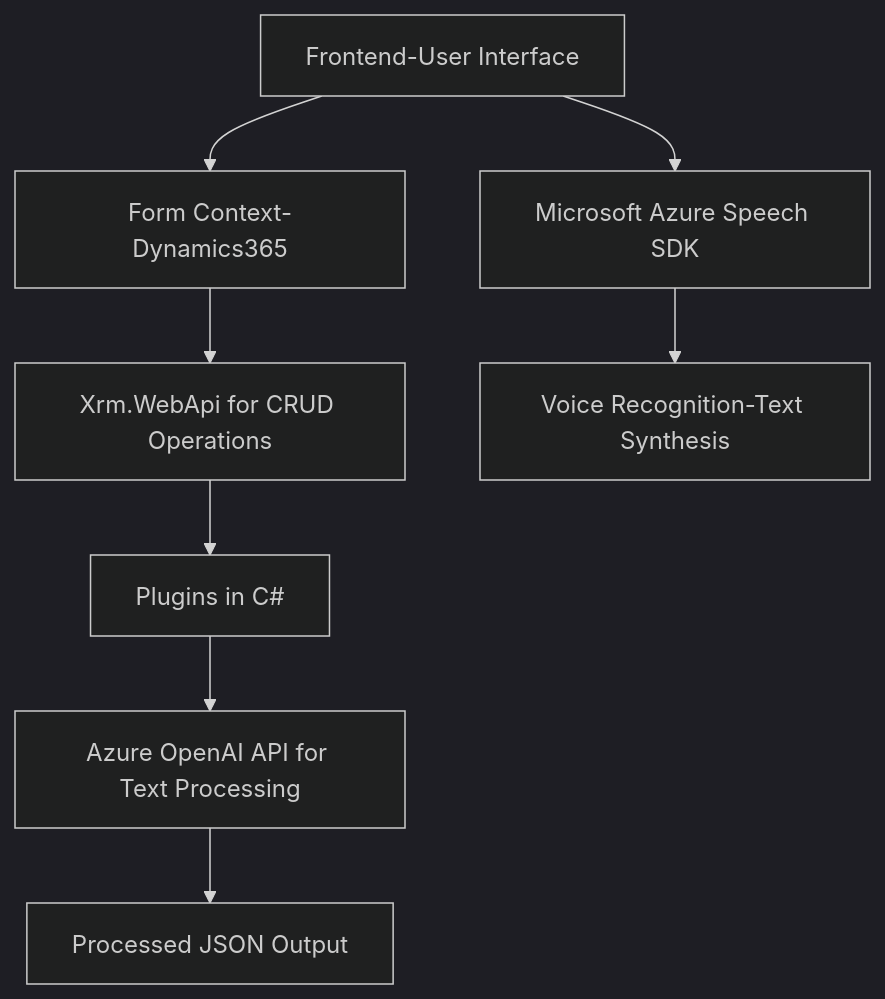
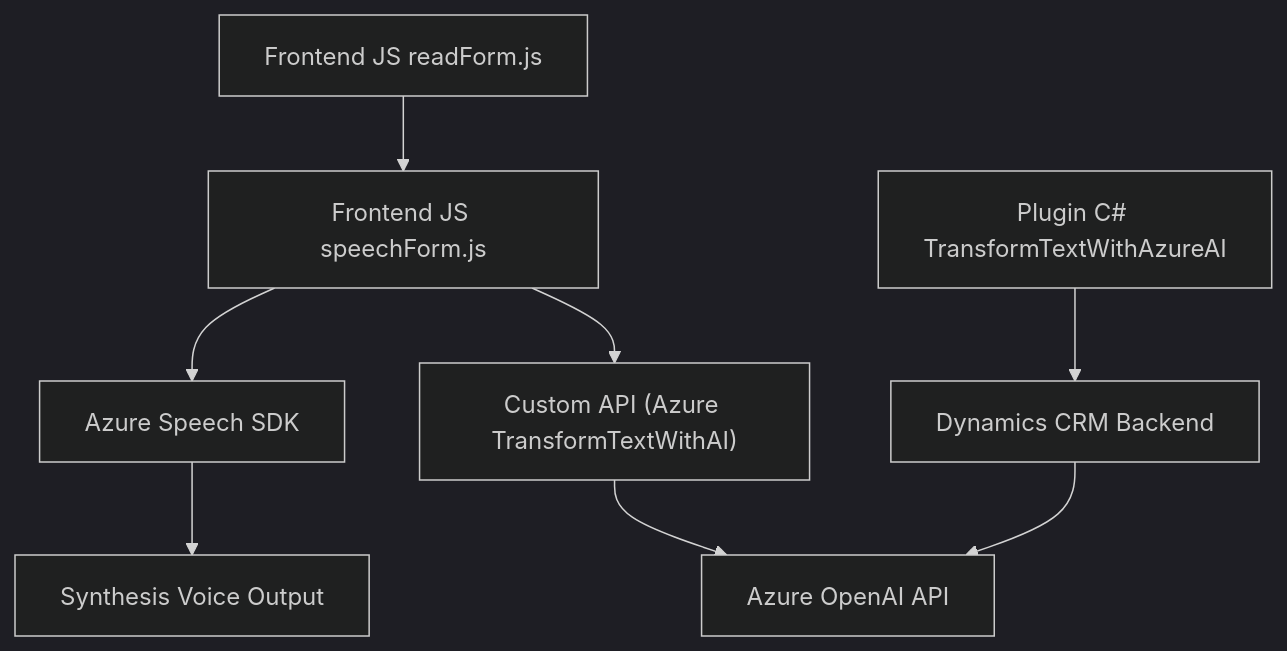
The diagram in README.md (blopezdm/NETCORE_BILBAO2025), drawn with Mermaid (dark theme) before and after one commit. The commit also changed other lines of this file, not shown here.

````diff
--- a/README.md
+++ b/README.md
@@ -54,10 +50,11 @@
 ```mermaid
 graph TD
-    A["Frontend-User Interface"] --> B["Microsoft Azure Speech SDK"]
-    A --> C["Form Context-Dynamics365"]
-    C --> D["Xrm.WebApi for CRUD Operations"]
-    D --> E["Plugins in C#"]
-    B --> F["Voice Recognition-Text Synthesis"]
-    E --> G["Azure OpenAI API for Text Processing"]
-    G --> H["Processed JSON Output"]
+    A["Frontend JS readForm.js"] --> B["Frontend JS speechForm.js"]
+    B --> C["Azure Speech SDK"]
+    B --> D["Custom API (Azure TransformTextWithAI)"]
+    D --> F["Azure OpenAI API"]
+    C --> H["Synthesis Voice Output"]
+    
+    E["Plugin C# TransformTextWithAzureAI"] --> G["Dynamics CRM Backend"]
+    G --> F
 ```
````
